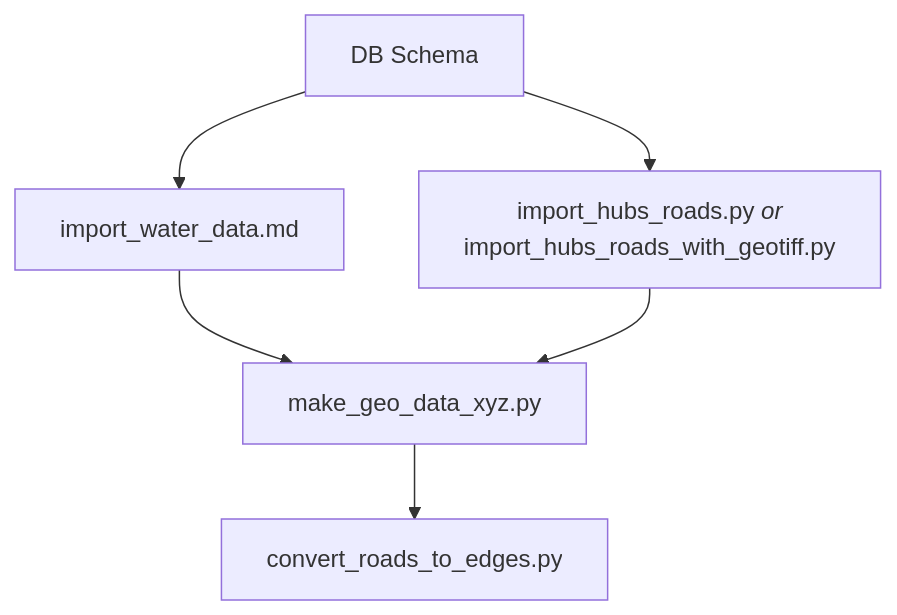
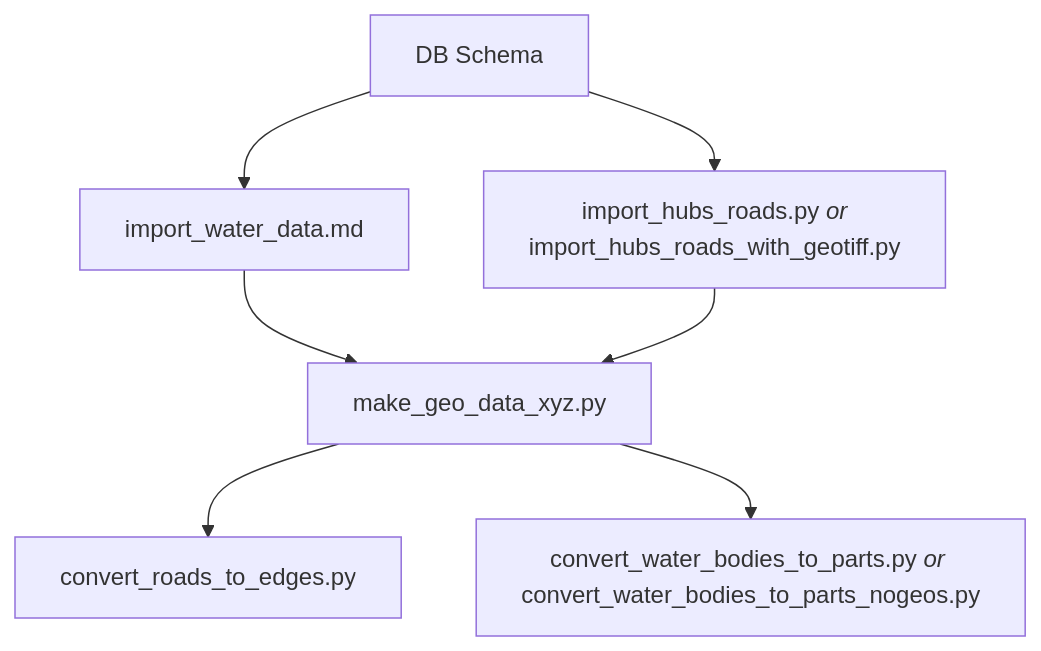
One commit to Simulation-of-Traffic-and-Transport/SiTT changed the diagram in precalculation/README.md. Above: the diagram before and after it, drawn with Mermaid. The commit also changed other lines of this file and 3 other files, not shown here.

Commit message:
Do segmentation of water bodies in precalc phase.

````diff
--- a/precalculation/README.md
+++ b/precalculation/README.md
@@ -9,17 +9,19 @@
 ```mermaid
 flowchart TD
     schema["DB Schema"]
     water["import_water_data.md"]
     hubs_roads["`import_hubs_roads.py *or*
     import_hubs_roads_with_geotiff.py`"]
     geo_data["make_geo_data_xyz.py"]
     convert_roads["convert_roads_to_edges.py"]
+    convert_wb["`convert_water_bodies_to_parts.py *or* convert_water_bodies_to_parts_nogeos.py`"]
     
     schema --> water
     schema --> hubs_roads
     
     water --> geo_data
     hubs_roads --> geo_data
     
     geo_data --> convert_roads
+    geo_data --> convert_wb
 ```
````
